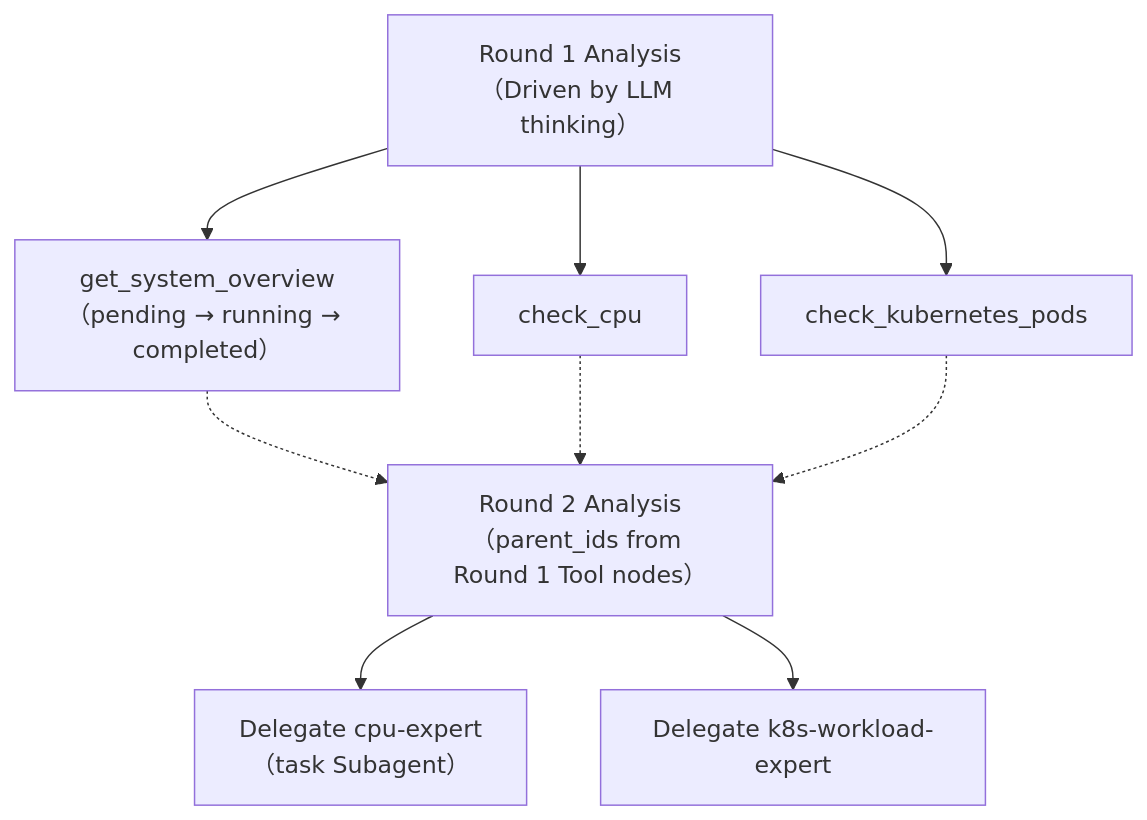
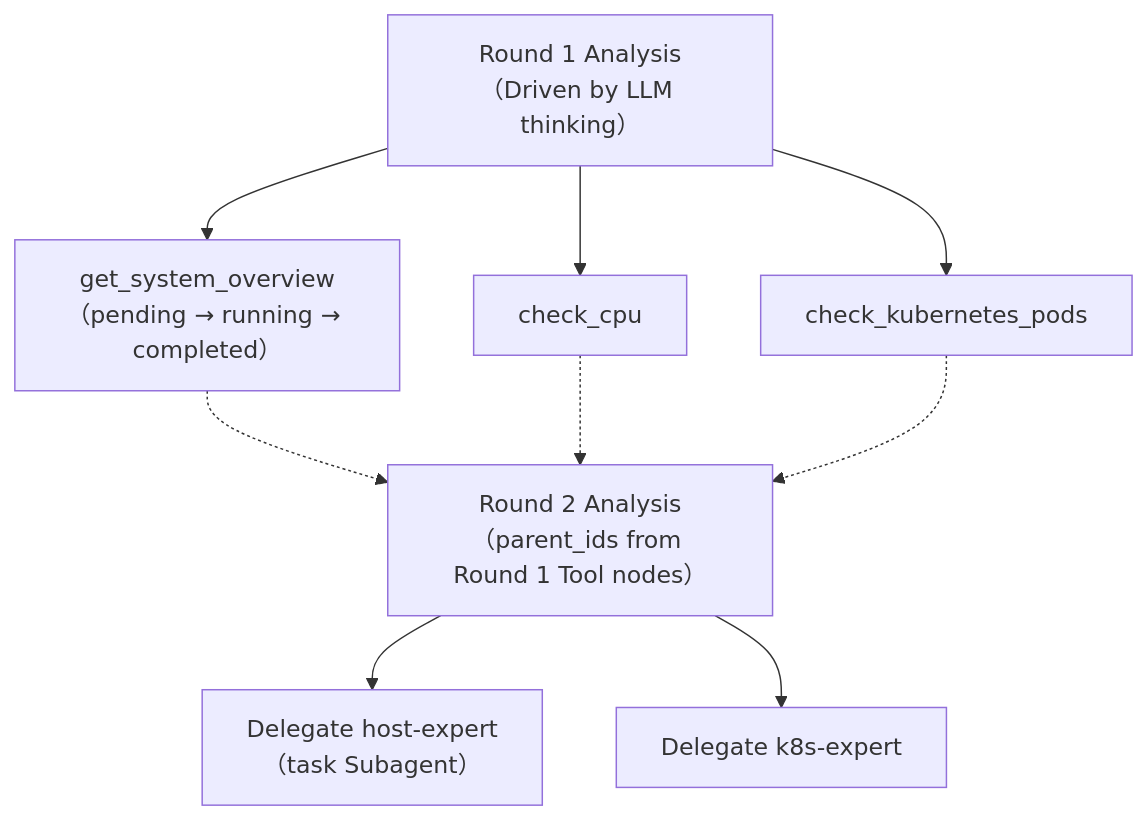
The third of 6 diagrams in README.md (kangxiaoning/diagnostics), drawn with Mermaid before and after one commit. The commit also changed other lines of this file, not shown here.

Commit message:
docs: 更新README专家架构至最新代码（5+1 Subagent）

````diff
--- a/README.md
+++ b/README.md
@@ -398,15 +398,15 @@
 ```mermaid
 graph TD
     P1["Round 1 Analysis<br/>（Driven by LLM thinking）"]
     P1 --> T1["get_system_overview<br/>（pending → running → completed）"]
     P1 --> T2["check_cpu"]
     P1 --> T3["check_kubernetes_pods"]
 
     P2["Round 2 Analysis<br/>（parent_ids from Round 1 Tool nodes）"]
-    P2 --> T4["Delegate cpu-expert<br/>（task Subagent）"]
-    P2 --> T5["Delegate k8s-workload-expert"]
+    P2 --> T4["Delegate host-expert<br/>（task Subagent）"]
+    P2 --> T5["Delegate k8s-expert"]
 
     T1 -.-> P2
     T2 -.-> P2
     T3 -.-> P2
 ```
````
